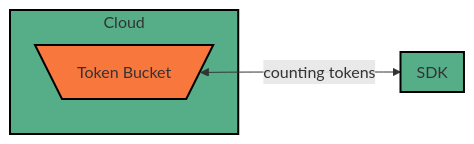
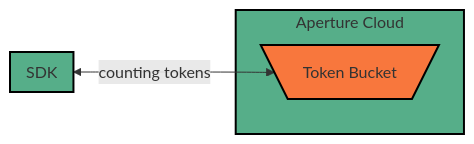
Before and after one commit to dataongunlaws/aperture: the diagram in docs/content/guides/assets/per-user-rate-limiting/rate-limiting.mmd, drawn with Mermaid. The commit also changed 33 other files, not shown here.

```diff
--- a/docs/content/guides/assets/per-user-rate-limiting/rate-limiting.mmd
+++ b/docs/content/guides/assets/per-user-rate-limiting/rate-limiting.mmd
@@ -1,15 +1,15 @@
-flowchart LR
+flowchart RL
 classDef TokenBucket fill:#F8773D,stroke:#000000,stroke-width:2px;
 classDef Service fill:#56AE89,stroke:#000000,stroke-width:2px;
 
-subgraph Cloud
+subgraph Aperture_Cloud ["Aperture Cloud"]
 TB[\Token Bucket/]
 class TB TokenBucket
 end
-class Cloud Service
+class Aperture_Cloud Service
 
 TB <-- "counting tokens" --> SDK
 
   subgraph "SDK"
   end
   class SDK Service
```
